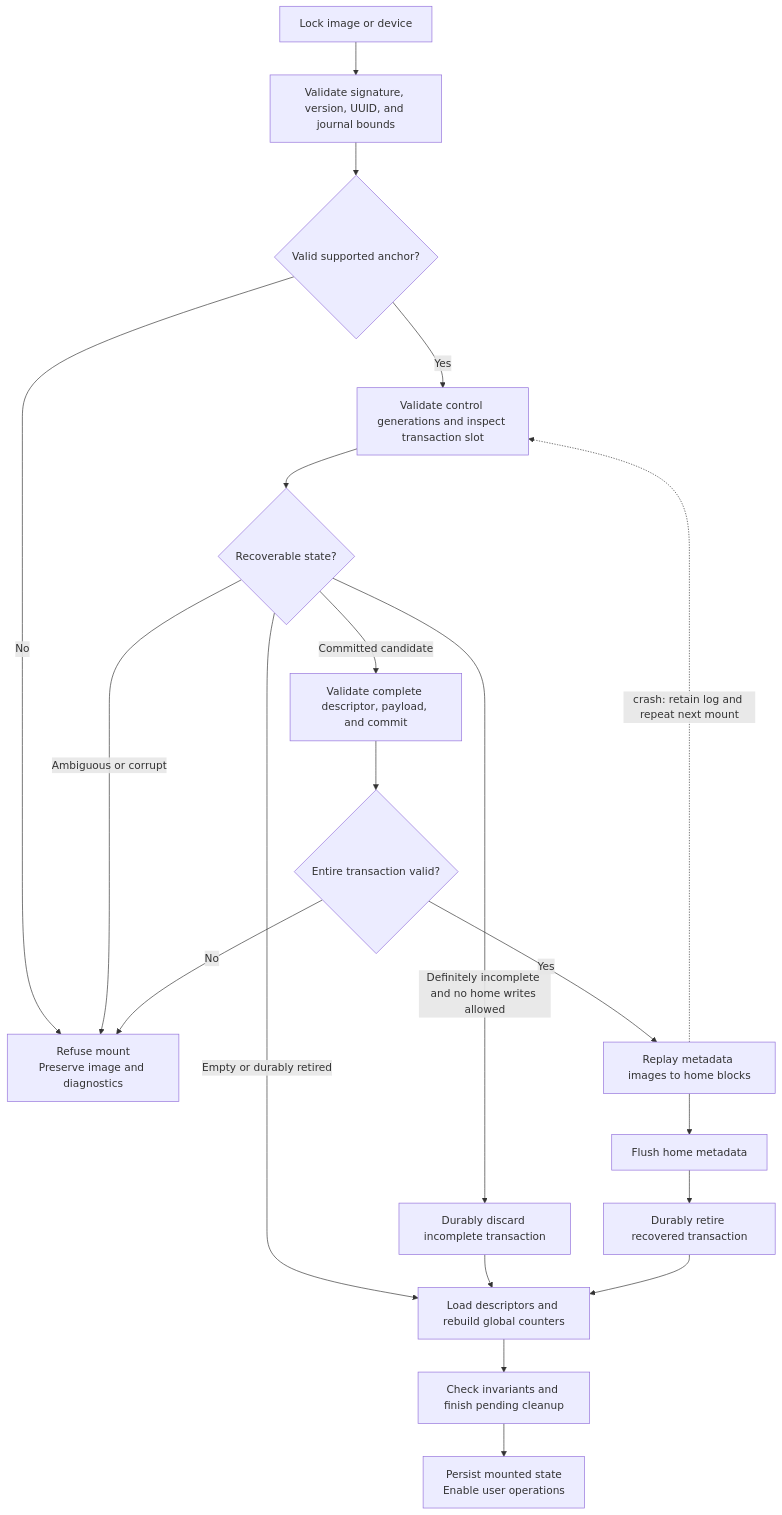
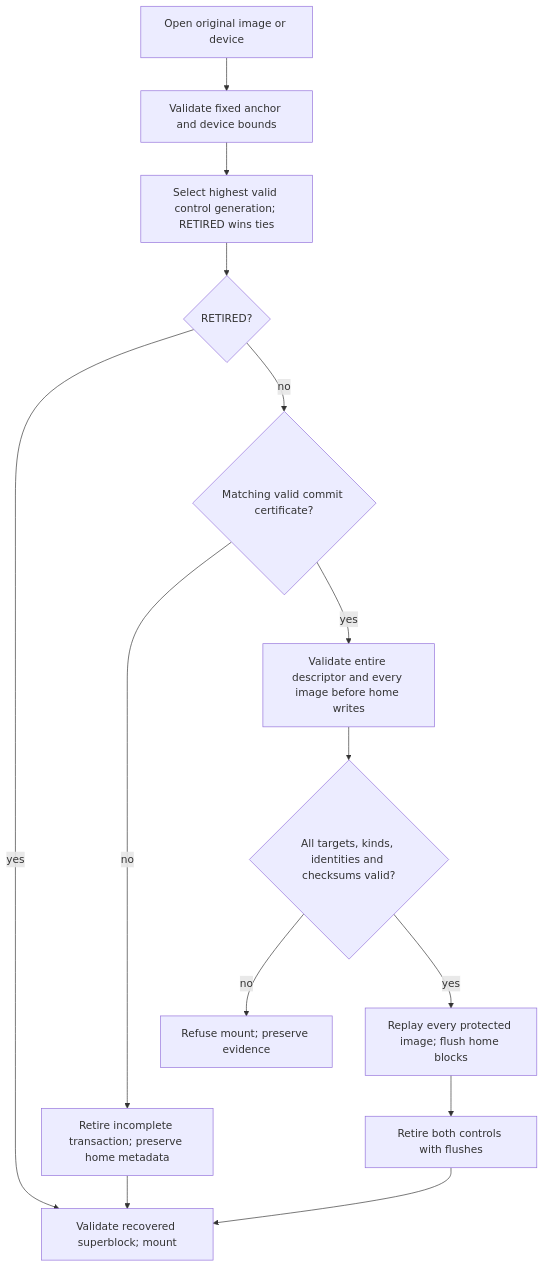
Before and after one commit to nvfuse/nvfuse: the fifth of 6 diagrams in docs/metadata-journaling-design.md, drawn with Mermaid. The commit also changed other lines of this file and 32 other files, not shown here.

First line of the commit message:
Add metadata redo journaling and optional user transactions

````diff
--- a/docs/metadata-journaling-design.md
+++ b/docs/metadata-journaling-design.md
@@ -219,22 +106,16 @@
 ```mermaid
 flowchart TD
-    OPEN["Lock image or device"] --> ANCHOR["Validate signature, version, UUID, and journal bounds"]
-    ANCHOR --> AV{"Valid supported anchor?"}
-    AV -- No --> STOP["Refuse mount<br/>Preserve image and diagnostics"]
-    AV -- Yes --> CTRL["Validate control generations and inspect transaction slot"]
-    CTRL --> KIND{"Recoverable state?"}
-    KIND -- "Empty or durably retired" --> LOAD["Load descriptors and rebuild global counters"]
-    KIND -- "Definitely incomplete and no home writes allowed" --> DISCARD["Durably discard incomplete transaction"]
-    DISCARD --> LOAD
-    KIND -- "Committed candidate" --> VERIFY["Validate complete descriptor, payload, and commit"]
-    KIND -- "Ambiguous or corrupt" --> STOP
-    VERIFY --> VALID{"Entire transaction valid?"}
-    VALID -- No --> STOP
-    VALID -- Yes --> REPLAY["Replay metadata images to home blocks"]
-    REPLAY --> FLUSH["Flush home metadata"]
-    FLUSH --> RETIRE["Durably retire recovered transaction"]
-    RETIRE --> LOAD
-    LOAD --> CHECK["Check invariants and finish pending cleanup"]
-    CHECK --> MOUNT["Persist mounted state<br/>Enable user operations"]
-    REPLAY -. "crash: retain log and repeat next mount" .-> CTRL
+    START["Open original image or device"] --> ANCHOR["Validate fixed anchor and device bounds"]
+    ANCHOR --> CONTROL["Select highest valid control generation; RETIRED wins ties"]
+    CONTROL --> STATE{"RETIRED?"}
+    STATE -->|yes| MOUNT["Validate recovered superblock; mount"]
+    STATE -->|no| CERT{"Matching valid commit certificate?"}
+    CERT -->|no| DISCARD["Retire incomplete transaction; preserve home metadata"]
+    CERT -->|yes| VERIFY["Validate entire descriptor and every image before home writes"]
+    VERIFY --> VALID{"All targets, kinds, identities and checksums valid?"}
+    VALID -->|no| REFUSE["Refuse mount; preserve evidence"]
+    VALID -->|yes| REPLAY["Replay every protected image; flush home blocks"]
+    REPLAY --> RETIRE["Retire both controls with flushes"]
+    RETIRE --> MOUNT
+    DISCARD --> MOUNT
 ```
````
